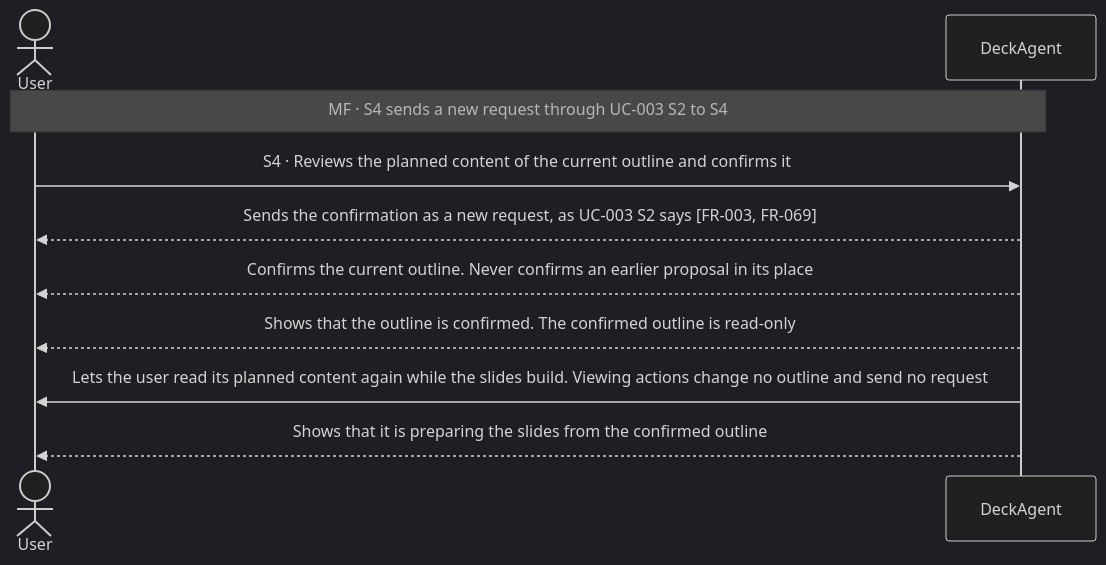
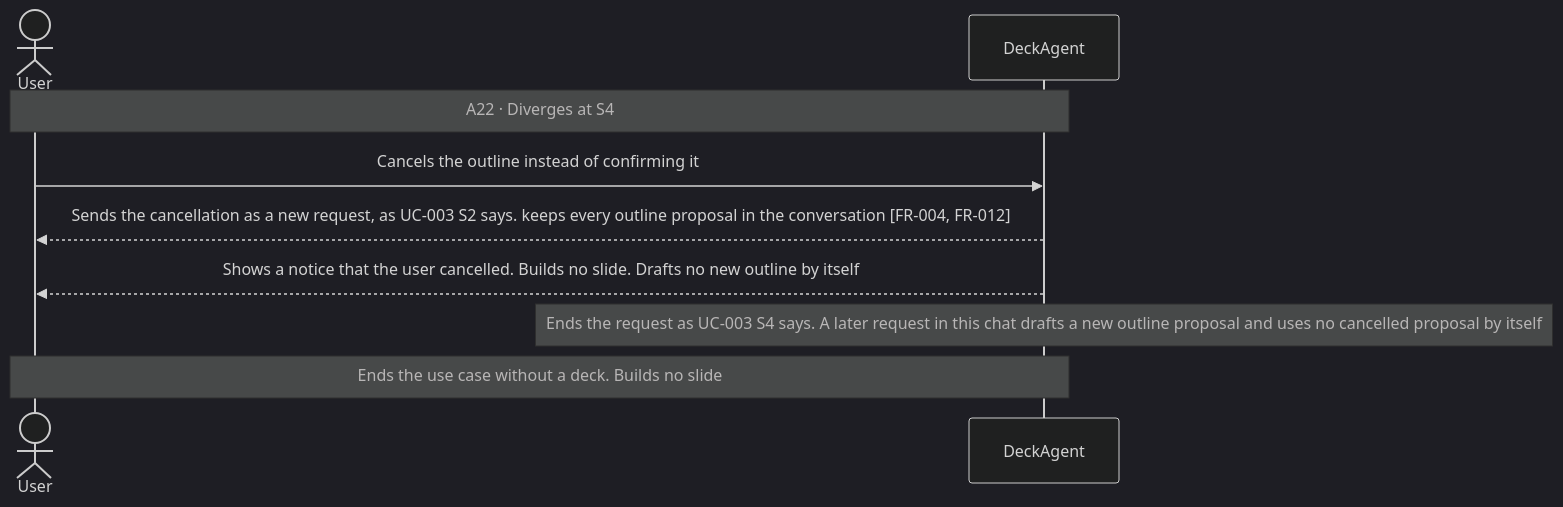
Before and after one commit to Luke23127006/DeckAgent: diagram 11 of 23 in docs/spec/03-use-cases/UC-001.md, drawn with Mermaid (dark theme). The commit also changed other lines of this file and 25 other files, not shown here.

Commit message:
docs(spec): restructure use cases with main flow first

````diff
--- a/docs/spec/03-use-cases/UC-001.md
+++ b/docs/spec/03-use-cases/UC-001.md
@@ -119,12 +206,11 @@
 ```mermaid
 sequenceDiagram
     actor User
     participant DeckAgent
-    Note over User,DeckAgent: MF · S4 sends a new request through UC-003 S2 to S4
-    User->>DeckAgent: S4 · Reviews the planned content of the current outline and confirms it
-    DeckAgent-->>User: Sends the confirmation as a new request, as UC-003 S2 says [FR-003, FR-069]
-    DeckAgent-->>User: Confirms the current outline. Never confirms an earlier proposal in its place
-    DeckAgent-->>User: Shows that the outline is confirmed. The confirmed outline is read-only
-    DeckAgent->>User: Lets the user read its planned content again while the slides build. Viewing actions change no outline and send no request
-    DeckAgent-->>User: Shows that it is preparing the slides from the confirmed outline
+    Note over User,DeckAgent: A22 · Diverges at S4
+    User->>DeckAgent: Cancels the outline instead of confirming it
+    DeckAgent-->>User: Sends the cancellation as a new request, as UC-003 S2 says. keeps every outline proposal in the conversation [FR-004, FR-012]
+    DeckAgent-->>User: Shows a notice that the user cancelled. Builds no slide. Drafts no new outline by itself
+    note over DeckAgent: Ends the request as UC-003 S4 says. A later request in this chat drafts a new outline proposal and uses no cancelled proposal by itself
+    Note over User,DeckAgent: Ends the use case without a deck. Builds no slide
 ```
````
